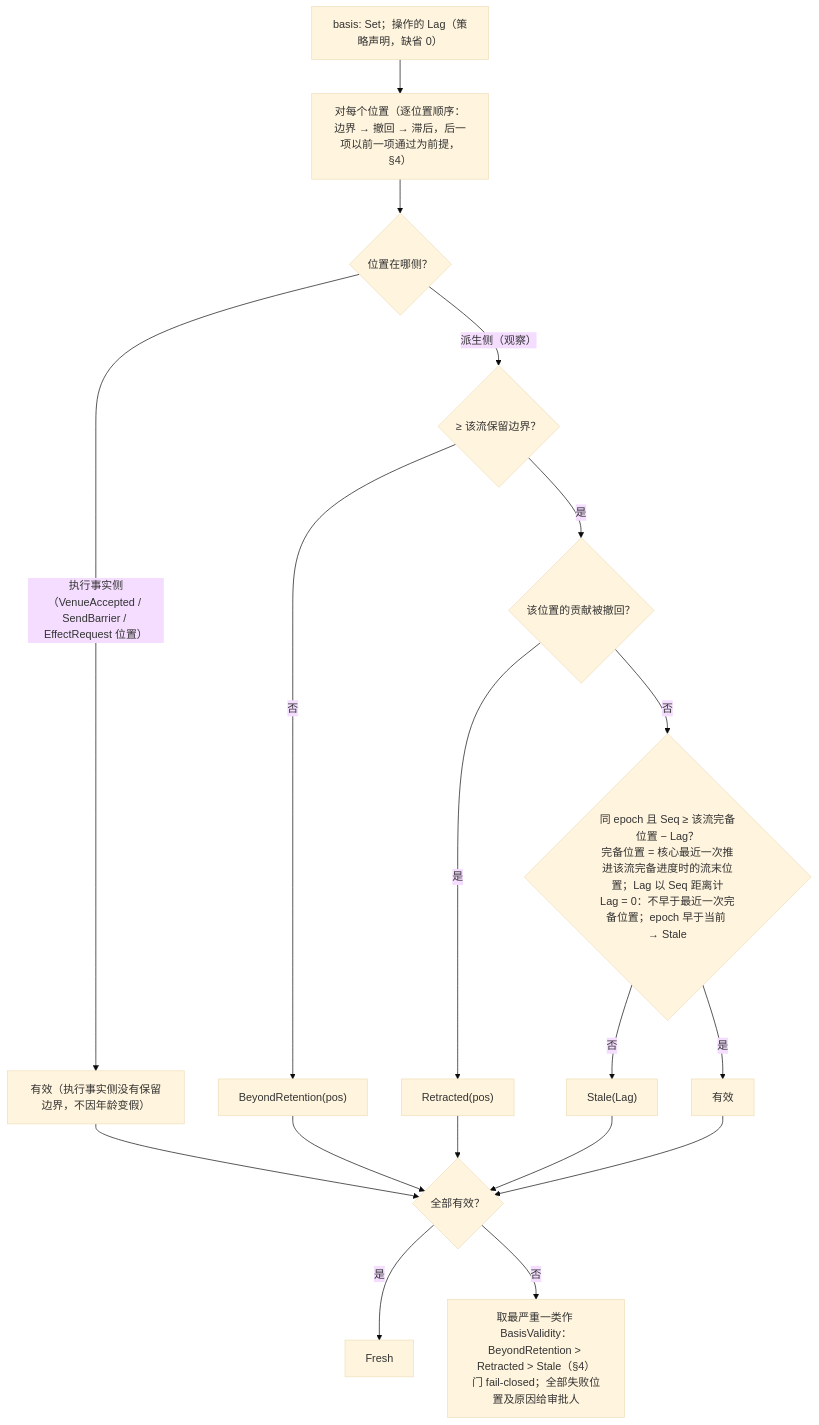
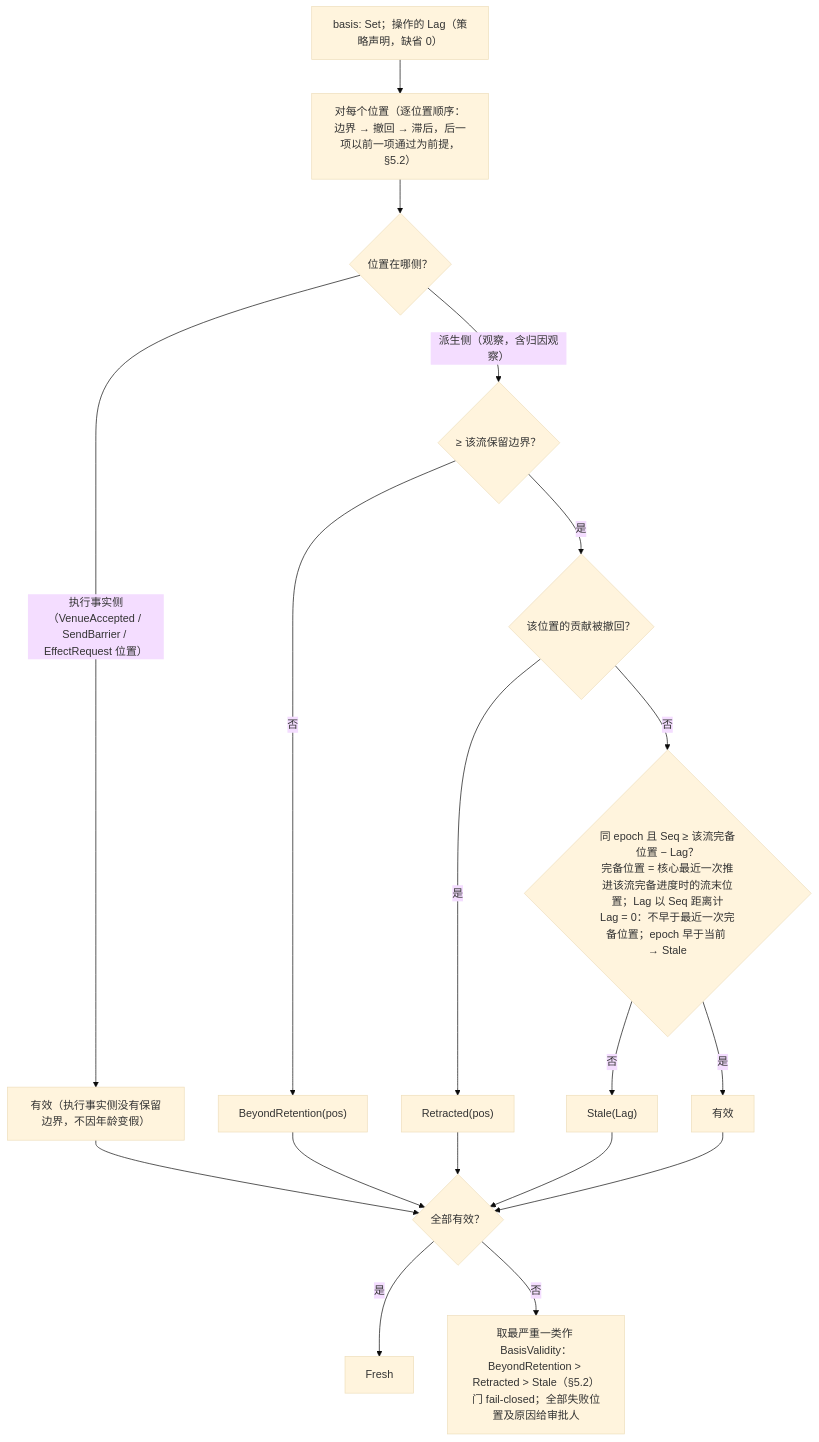
Before and after one commit to mouriya-s-lab/uta: the third of 3 diagrams in design/diagrams/08-retention-and-references.md, drawn with Mermaid (base theme). The commit also changed other lines of this file and 24 other files, not shown here.

````diff
--- a/design/diagrams/08-retention-and-references.md
+++ b/design/diagrams/08-retention-and-references.md
@@ -72,21 +72,21 @@
 ```mermaid
 flowchart TB
   IN["basis: Set<LogPosition>；操作的 Lag（策略声明，缺省 0）"]
-  IN --> EACH["对每个位置（逐位置顺序：边界 → 撤回 → 滞后，后一项以前一项通过为前提，§4）"]
+  IN --> EACH["对每个位置（逐位置顺序：边界 → 撤回 → 滞后，后一项以前一项通过为前提，§5.2）"]
   EACH --> SIDE{"位置在哪侧？"}
   SIDE -->|"执行事实侧（VenueAccepted / SendBarrier / EffectRequest 位置）"| EOK["有效（执行事实侧没有保留边界，不因年龄变假）"]
-  SIDE -->|"派生侧（观察）"| D1{"≥ 该流保留边界？"}
+  SIDE -->|"派生侧（观察，含归因观察）"| D1{"≥ 该流保留边界？"}
   D1 -->|"否"| BR["BeyondRetention(pos)"]
   D1 -->|"是"| D2{"该位置的贡献被撤回？"}
   D2 -->|"是"| RT["Retracted(pos)"]
   D2 -->|"否"| D3{"同 epoch 且 Seq ≥ 该流完备位置 − Lag？<br/>完备位置 = 核心最近一次推进该流完备进度时的流末位置；Lag 以 Seq 距离计<br/>Lag = 0：不早于最近一次完备位置；epoch 早于当前 → Stale"}
   D3 -->|"否"| ST["Stale(Lag)"]
   D3 -->|"是"| DOK["有效"]
   EOK --> AGG
   DOK --> AGG
   AGG{"全部有效？"} -->|"是"| FRESH["Fresh"]
-  AGG -->|"否"| NOT["取最严重一类作 BasisValidity：BeyondRetention > Retracted > Stale（§4）<br/>门 fail-closed；全部失败位置及原因给审批人"]
+  AGG -->|"否"| NOT["取最严重一类作 BasisValidity：BeyondRetention > Retracted > Stale（§5.2）<br/>门 fail-closed；全部失败位置及原因给审批人"]
   BR --> AGG
   RT --> AGG
   ST --> AGG
 ```
````
